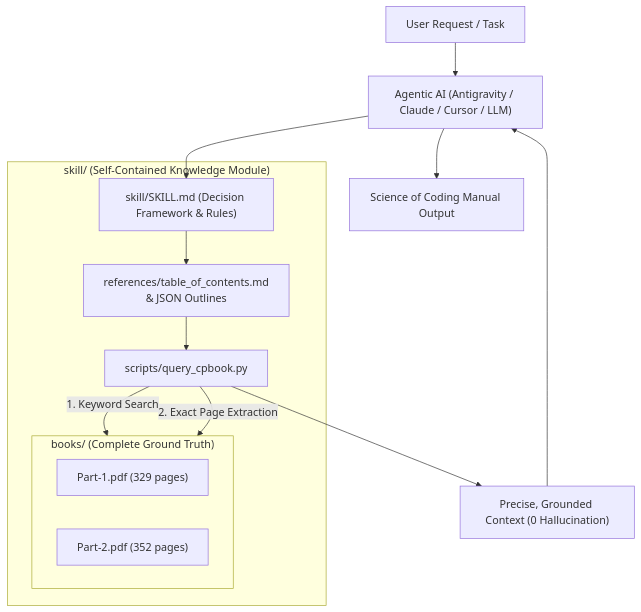
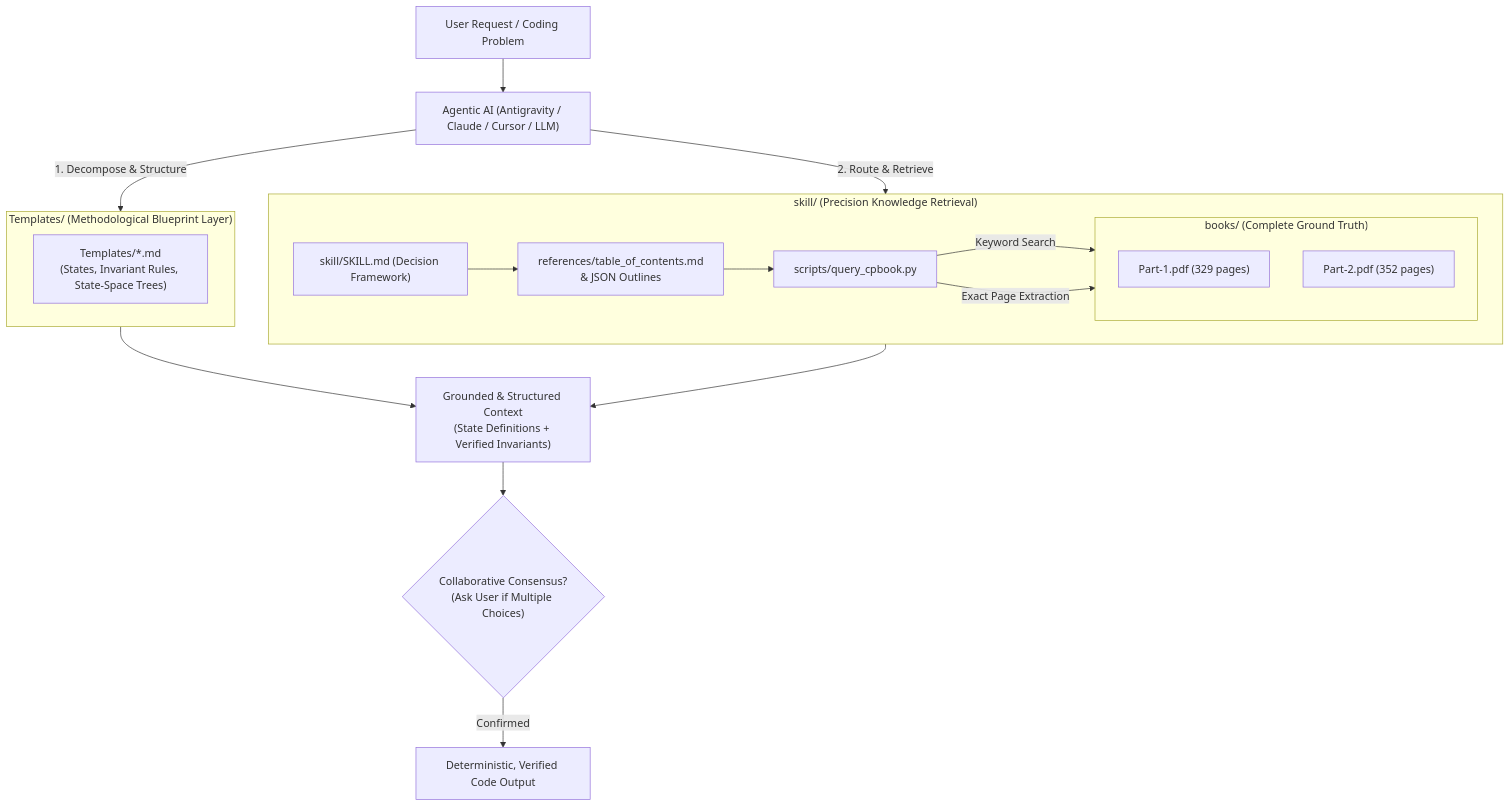
Before and after one commit to AkmKawser/Science_Of_Coding: the diagram in skill/ARCHITECTURE.md, drawn with Mermaid. The commit also changed other lines of this file and 1 other file, not shown here.

Commit message:
Upgrade Precision Retrieval Architecture to 4-Tier Pipeline integrating Templates

````diff
--- a/skill/ARCHITECTURE.md
+++ b/skill/ARCHITECTURE.md
@@ -38,22 +38,30 @@
 ```mermaid
 flowchart TD
-    User["User Request / Task"] --> Agent["Agentic AI (Antigravity / Claude / Cursor / LLM)"]
-    Agent --> SkillSpec["skill/SKILL.md (Decision Framework & Rules)"]
+    User["User Request / Coding Problem"] --> Agent["Agentic AI (Antigravity / Claude / Cursor / LLM)"]
     
-    subgraph SkillPackage["skill/ (Self-Contained Knowledge Module)"]
-        SkillSpec --> TOC["references/table_of_contents.md<br/>& JSON Outlines"]
+    subgraph BlueprintLayer["Templates/ (Methodological Blueprint Layer)"]
+        TemplateDoc["Templates/*.md<br/>(States, Invariant Rules, State-Space Trees)"]
+    end
+    
+    subgraph SkillPackage["skill/ (Precision Knowledge Retrieval)"]
+        SkillSpec["skill/SKILL.md (Decision Framework)"] --> TOC["references/table_of_contents.md<br/>& JSON Outlines"]
         TOC --> Script["scripts/query_cpbook.py"]
         
         subgraph DataStore["books/ (Complete Ground Truth)"]
             PDF1["Part-1.pdf (329 pages)"]
             PDF2["Part-2.pdf (352 pages)"]
         end
         
-        Script -->|1. Keyword Search| DataStore
-        Script -->|2. Exact Page Extraction| DataStore
+        Script -->|Keyword Search| DataStore
+        Script -->|Exact Page Extraction| DataStore
     end
     
-    Script --> Context["Precise, Grounded Context (0 Hallucination)"]
-    Context --> Agent
-    Agent --> Response["Science of Coding Manual Output"]
+    Agent -->|1. Decompose & Structure| BlueprintLayer
+    Agent -->|2. Route & Retrieve| SkillPackage
+    
+    BlueprintLayer --> GroundedContext["Grounded & Structured Context<br/>(State Definitions + Verified Invariants)"]
+    SkillPackage --> GroundedContext
+    
+    GroundedContext --> Consensus{"Collaborative Consensus?<br/>(Ask User if Multiple Choices)"}
+    Consensus -->|Confirmed| CodeOutput["Deterministic, Verified Code Output"]
 ```
````
